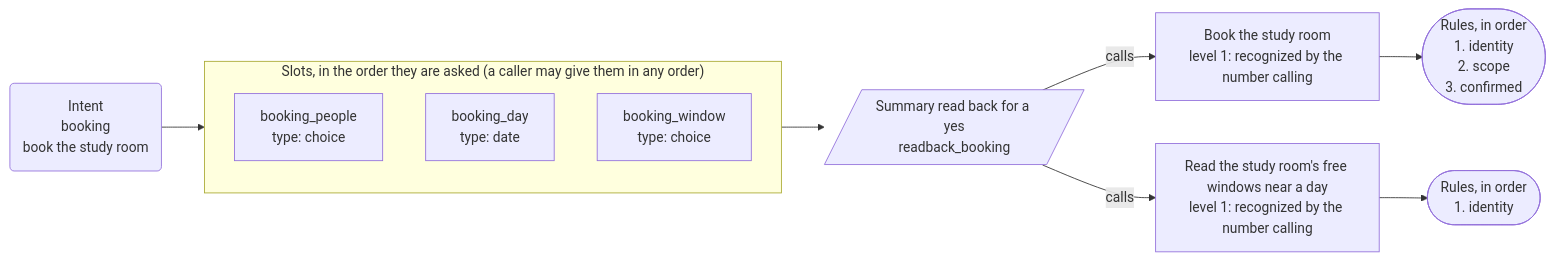
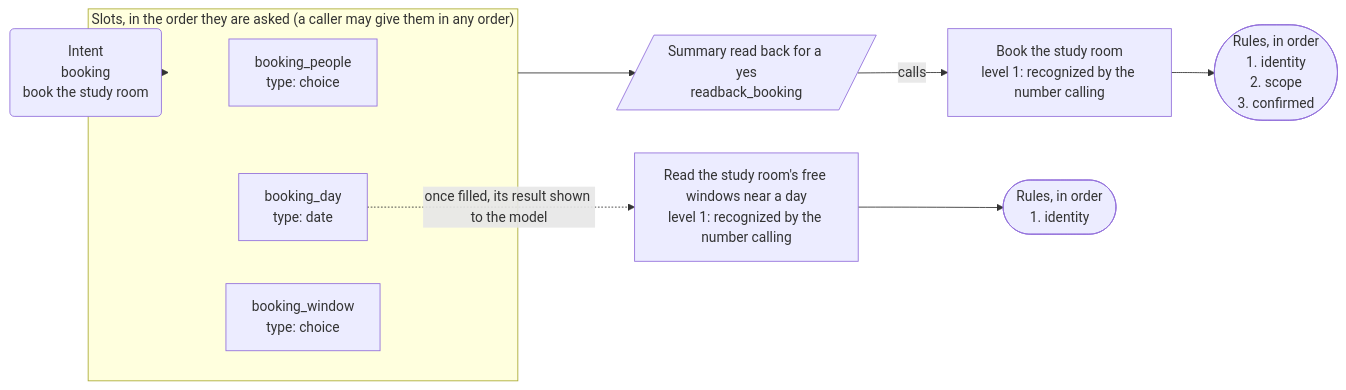
One commit to DialogWright/dialogwright changed the third of 4 diagrams in packages/dialogwright/src/define/__fixtures__/business/APP-MAP.md. Above: the diagram before and after it, drawn with Mermaid. The commit also changed 7 other files, not shown here.

First line of the commit message:
Agent mode, from building wheelshop: a text value's figure, seen tools on the map, a default corpus seed

````diff
--- a/packages/dialogwright/src/define/__fixtures__/business/APP-MAP.md
+++ b/packages/dialogwright/src/define/__fixtures__/business/APP-MAP.md
@@ -61,20 +61,20 @@
 ```mermaid
 flowchart LR
   intent("Intent<br/>booking<br/>book the study room")
   subgraph slots["Slots, in the order they are asked (a caller may give them in any order)"]
     s_booking_people["booking_people<br/>type: choice"]
     s_booking_day["booking_day<br/>type: date"]
     s_booking_window["booking_window<br/>type: choice"]
   end
   intent --> slots
   summary[/"Summary read back for a yes<br/>readback_booking"/]
   slots --> summary
   a_bookRoom["Book the study room<br/>level 1: recognized by the number calling"]
   summary -->|"calls"| a_bookRoom
   r_bookRoom(["Rules, in order<br/>1. identity<br/>2. scope<br/>3. confirmed"])
   a_bookRoom --> r_bookRoom
   a_roomAvailability["Read the study room's free windows near a day<br/>level 1: recognized by the number calling"]
-  summary -->|"calls"| a_roomAvailability
+  s_booking_day -.->|"once filled, its result shown to the model"| a_roomAvailability
   r_roomAvailability(["Rules, in order<br/>1. identity"])
   a_roomAvailability --> r_roomAvailability
 ```
````
